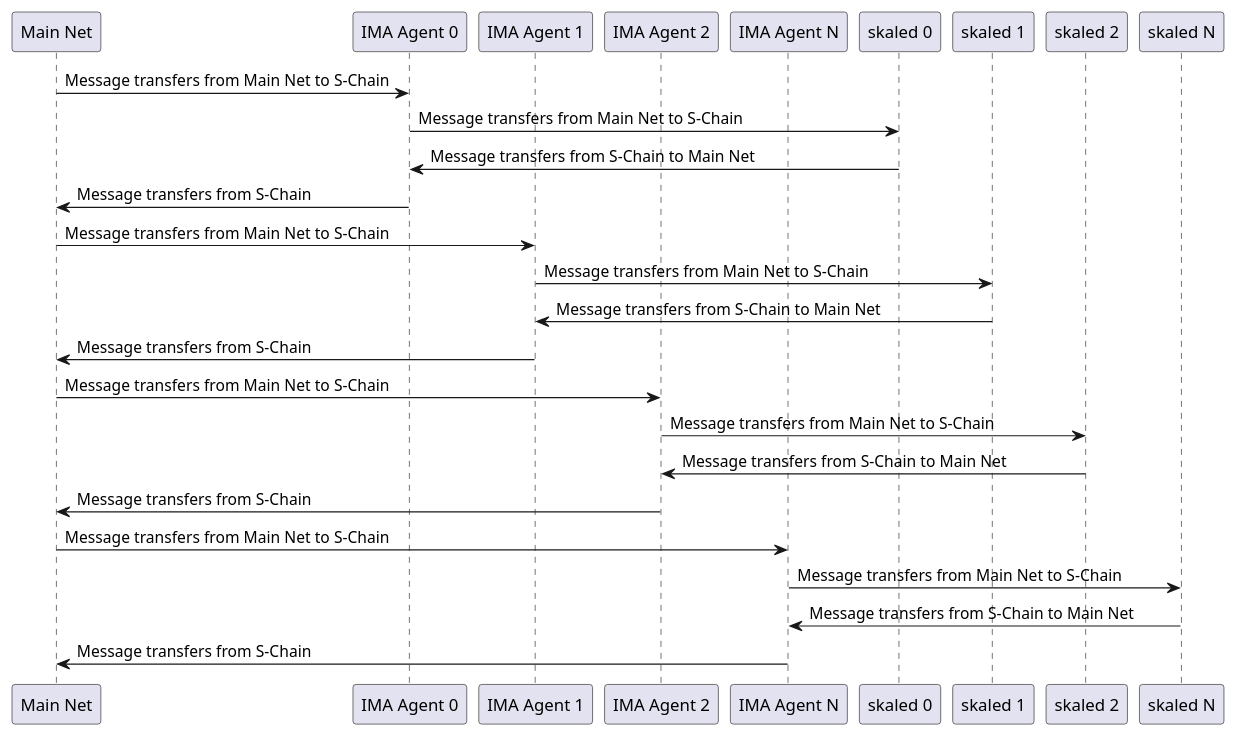
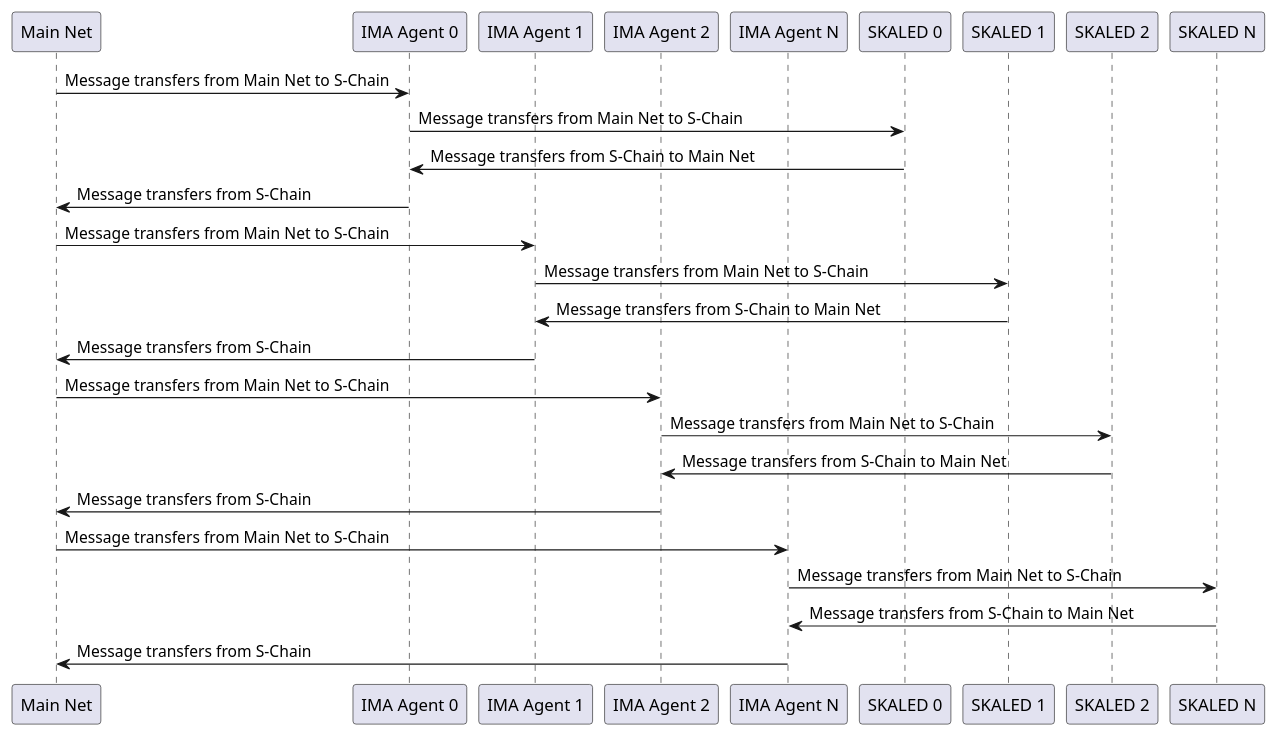
One commit to skalenetwork/IMA changed the second of 3 diagrams in docs/modules/ROOT/pages/06_runtime_view.adoc. Above: the diagram before and after it, drawn with PlantUML. The commit also changed other lines of this file, not shown here.

```diff
--- a/docs/modules/ROOT/pages/06_runtime_view.adoc
+++ b/docs/modules/ROOT/pages/06_runtime_view.adoc
@@ -33,34 +35,34 @@
 [plantuml, target="agent-time-framing", format="png"]
 ....
 @startuml
 participant "Main Net"
 participant "IMA Agent 0"
 participant "IMA Agent 1"
 participant "IMA Agent 2"
 participant "IMA Agent N"
-participant "skaled 0"
-participant "skaled 1"
-participant "skaled 2"
-participant "skaled N"
+participant "SKALED 0"
+participant "SKALED 1"
+participant "SKALED 2"
+participant "SKALED N"
     "Main Net" -> "IMA Agent 0" : Message transfers from Main Net to S-Chain
-    "IMA Agent 0" -> "skaled 0" : Message transfers from Main Net to S-Chain
-    "skaled 0" -> "IMA Agent 0" : Message transfers from S-Chain to Main Net
+    "IMA Agent 0" -> "SKALED 0" : Message transfers from Main Net to S-Chain
+    "SKALED 0" -> "IMA Agent 0" : Message transfers from S-Chain to Main Net
     "IMA Agent 0" -> "Main Net" : Message transfers from S-Chain
 
     "Main Net" -> "IMA Agent 1" : Message transfers from Main Net to S-Chain
-    "IMA Agent 1" -> "skaled 1" : Message transfers from Main Net to S-Chain
-    "skaled 1" -> "IMA Agent 1" : Message transfers from S-Chain to Main Net
+    "IMA Agent 1" -> "SKALED 1" : Message transfers from Main Net to S-Chain
+    "SKALED 1" -> "IMA Agent 1" : Message transfers from S-Chain to Main Net
     "IMA Agent 1" -> "Main Net" : Message transfers from S-Chain
     
     "Main Net" -> "IMA Agent 2" : Message transfers from Main Net to S-Chain
-    "IMA Agent 2" -> "skaled 2" : Message transfers from Main Net to S-Chain
-    "skaled 2" -> "IMA Agent 2" : Message transfers from S-Chain to Main Net
+    "IMA Agent 2" -> "SKALED 2" : Message transfers from Main Net to S-Chain
+    "SKALED 2" -> "IMA Agent 2" : Message transfers from S-Chain to Main Net
     "IMA Agent 2" -> "Main Net" : Message transfers from S-Chain
     
     "Main Net" -> "IMA Agent N" : Message transfers from Main Net to S-Chain
-    "IMA Agent N" -> "skaled N" : Message transfers from Main Net to S-Chain
-    "skaled N" -> "IMA Agent N" : Message transfers from S-Chain to Main Net
+    "IMA Agent N" -> "SKALED N" : Message transfers from Main Net to S-Chain
+    "SKALED N" -> "IMA Agent N" : Message transfers from S-Chain to Main Net
     "IMA Agent N" -> "Main Net" : Message transfers from S-Chain
     
 @enduml
 ....
```
